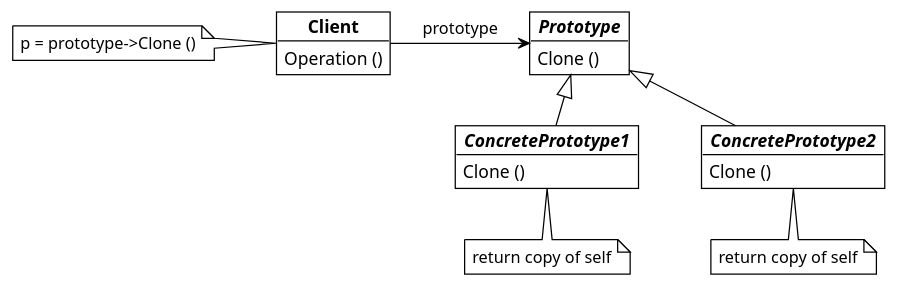
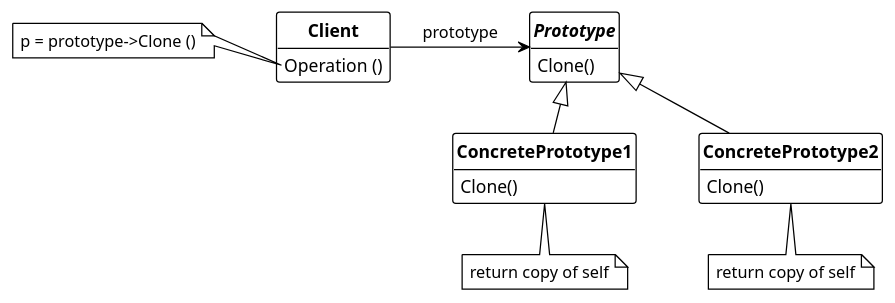
The diagram in creational_patterns/prototype/prototype.md (dst80/design-patterns), drawn with PlantUML before and after one commit. The commit also changed 10 other files, not shown here.

````diff
--- a/creational_patterns/prototype/prototype.md
+++ b/creational_patterns/prototype/prototype.md
@@ -5,40 +5,42 @@
 ```plantuml
 @startuml prototype
 !theme plain
 
 skinparam nodesep 50
 skinparam ranksep 40
+hide circle
+hide fields
 
-object "**Client**" as Client {
+class "**Client**" as client {
     Operation ()
 }
-note left of Client
+note left of client::Operation
  p = prototype->Clone ()
 end note
 
 together {
-    object "//**Prototype**//" as Prototype {
-        Clone ()
+    interface "**Prototype**" as prototype {
+        Clone()
     }
     together {
-        object "//**ConcretePrototype1**//" as ConcretePrototype1 {
-            Clone ()
+        class "**ConcretePrototype1**" as concrete_prototype_1 {
+            Clone()
         }
-        object "//**ConcretePrototype2**//" as ConcretePrototype2 {
-            Clone ()
+        class "**ConcretePrototype2**" as concrete_prototype_2 {
+            Clone()
         }
 
-        note bottom of ConcretePrototype1
-        return copy of self
+        note bottom of concrete_prototype_1
+            return copy of self
         end note
-        note bottom of ConcretePrototype2
-        return copy of self
+        note bottom of concrete_prototype_2
+            return copy of self
         end note
     }
-    Prototype <|-- ConcretePrototype1
-    Prototype <|-- ConcretePrototype2
+    prototype <|-- concrete_prototype_1
+    prototype <|-- concrete_prototype_2
 }
-Client -> Prototype : prototype
+client -> prototype : "prototype"
 
 @enduml
 ```
````
